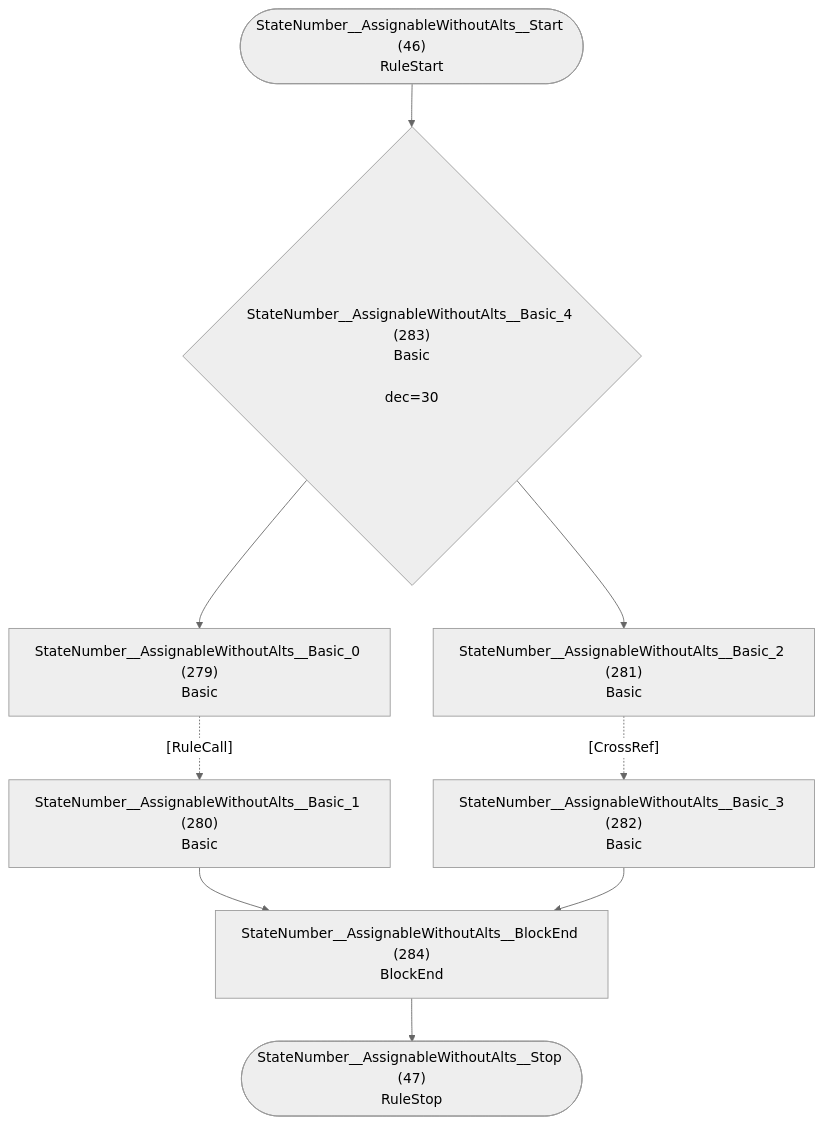
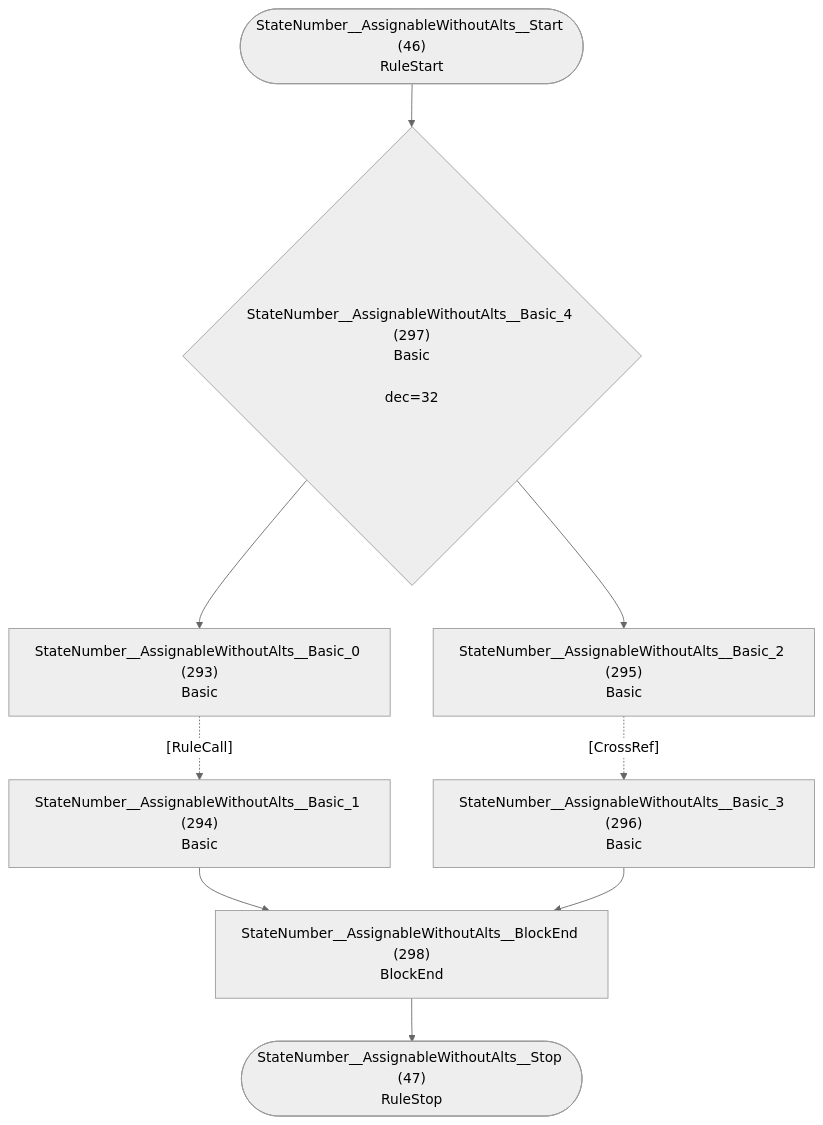
One commit to TypeFox/fastbelt changed diagram 24 of 32 in internal/grammar/atn.md. Above: the diagram before and after it, drawn with Mermaid (neutral theme). The commit also changed other lines of this file and 21 other files, not shown here.

````diff
--- a/internal/grammar/atn.md
+++ b/internal/grammar/atn.md
@@ -709,20 +741,20 @@
 ```mermaid
 flowchart TD
     q46(["StateNumber__AssignableWithoutAlts__Start (46)<br/>RuleStart"])
     q47(["StateNumber__AssignableWithoutAlts__Stop (47)<br/>RuleStop"])
-    q279["StateNumber__AssignableWithoutAlts__Basic_0 (279)<br/>Basic<br/>"]
-    q280["StateNumber__AssignableWithoutAlts__Basic_1 (280)<br/>Basic<br/>"]
-    q281["StateNumber__AssignableWithoutAlts__Basic_2 (281)<br/>Basic<br/>"]
-    q282["StateNumber__AssignableWithoutAlts__Basic_3 (282)<br/>Basic<br/>"]
-    q283{"StateNumber__AssignableWithoutAlts__Basic_4 (283)<br/>Basic<br/><br/>dec=30"}
-    q284["StateNumber__AssignableWithoutAlts__BlockEnd (284)<br/>BlockEnd<br/>"]
+    q293["StateNumber__AssignableWithoutAlts__Basic_0 (293)<br/>Basic<br/>"]
+    q294["StateNumber__AssignableWithoutAlts__Basic_1 (294)<br/>Basic<br/>"]
+    q295["StateNumber__AssignableWithoutAlts__Basic_2 (295)<br/>Basic<br/>"]
+    q296["StateNumber__AssignableWithoutAlts__Basic_3 (296)<br/>Basic<br/>"]
+    q297{"StateNumber__AssignableWithoutAlts__Basic_4 (297)<br/>Basic<br/><br/>dec=32"}
+    q298["StateNumber__AssignableWithoutAlts__BlockEnd (298)<br/>BlockEnd<br/>"]
 
-    q46 --> q283
-    q279 -.->|"[RuleCall]"| q280
-    q280 --> q284
-    q281 -.->|"[CrossRef]"| q282
-    q282 --> q284
-    q283 --> q279
-    q283 --> q281
-    q284 --> q47
+    q46 --> q297
+    q293 -.->|"[RuleCall]"| q294
+    q294 --> q298
+    q295 -.->|"[CrossRef]"| q296
+    q296 --> q298
+    q297 --> q293
+    q297 --> q295
+    q298 --> q47
 ```
````
